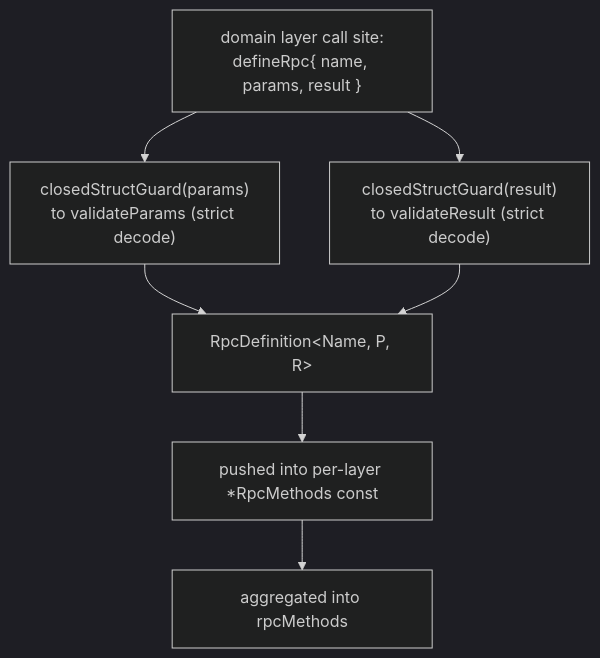
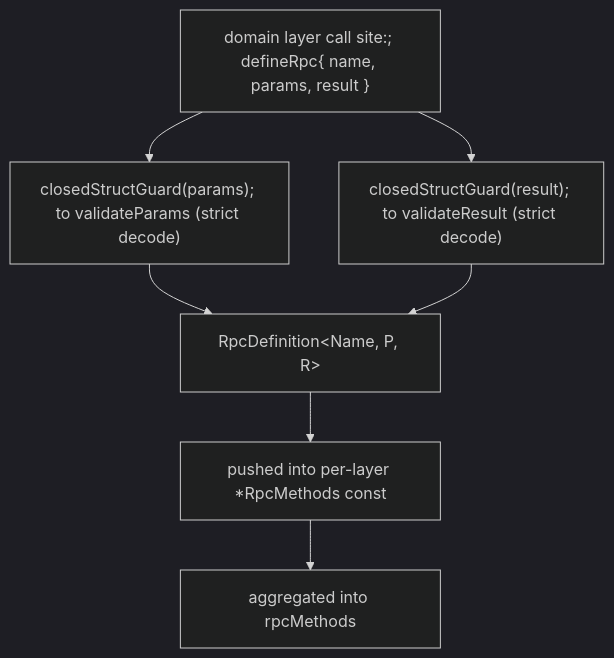
Before and after one commit to chughtapan/moltzap: the first of 2 diagrams in docs/modules/protocol/transport.mdx, drawn with Mermaid (dark theme). The commit also changed other lines of this file and 60 other files, not shown here.

````diff
--- a/docs/modules/protocol/transport.mdx
+++ b/docs/modules/protocol/transport.mdx
@@ -203,10 +203,10 @@
 ```mermaid
 flowchart TD
-  A["domain layer call site:<br>defineRpc{ name, params, result }"]
-  A --> B["closedStructGuard(params)<br>to validateParams (strict decode)"]
-  A --> C["closedStructGuard(result)<br>to validateResult (strict decode)"]
+  A["domain layer call site:; defineRpc{ name, params, result }"]
+  A --> B["closedStructGuard(params); to validateParams (strict decode)"]
+  A --> C["closedStructGuard(result); to validateResult (strict decode)"]
   B --> D["RpcDefinition&lt;Name, P, R&gt;"]
   C --> D
   D --> E["pushed into per-layer *RpcMethods const"]
   E --> F["aggregated into rpcMethods"]
 ```
````
